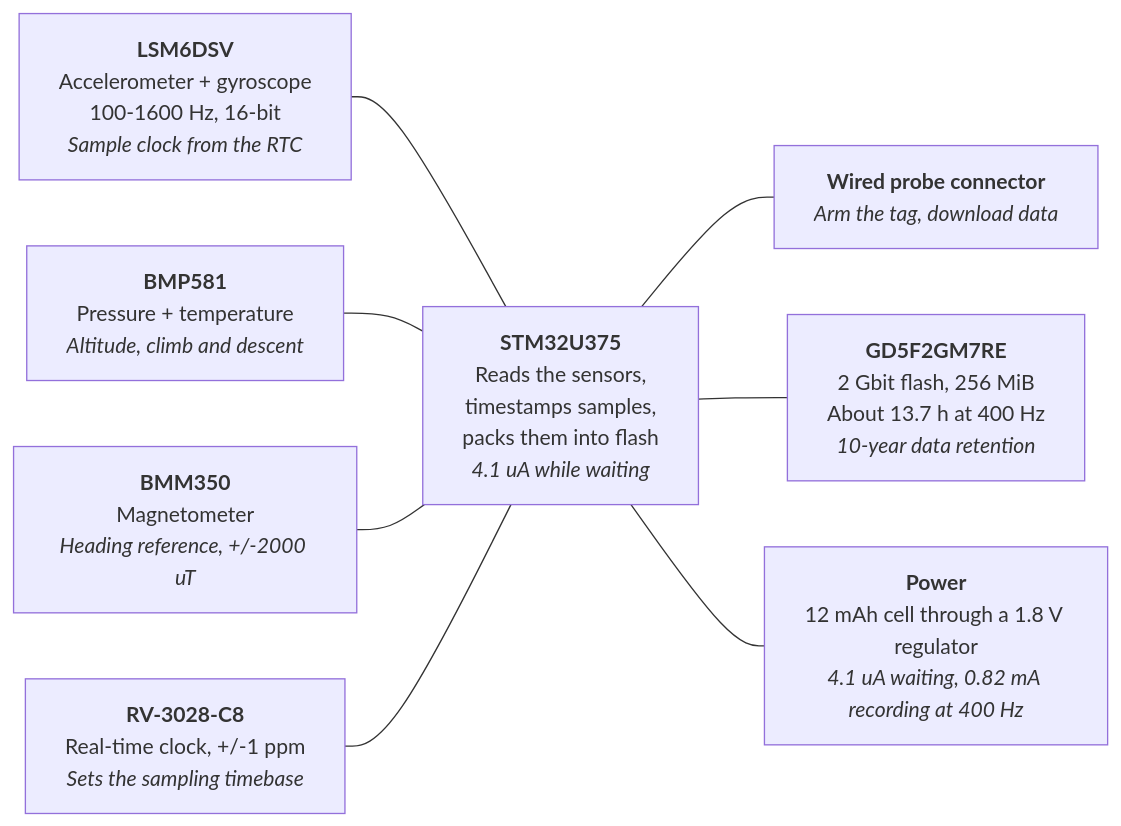
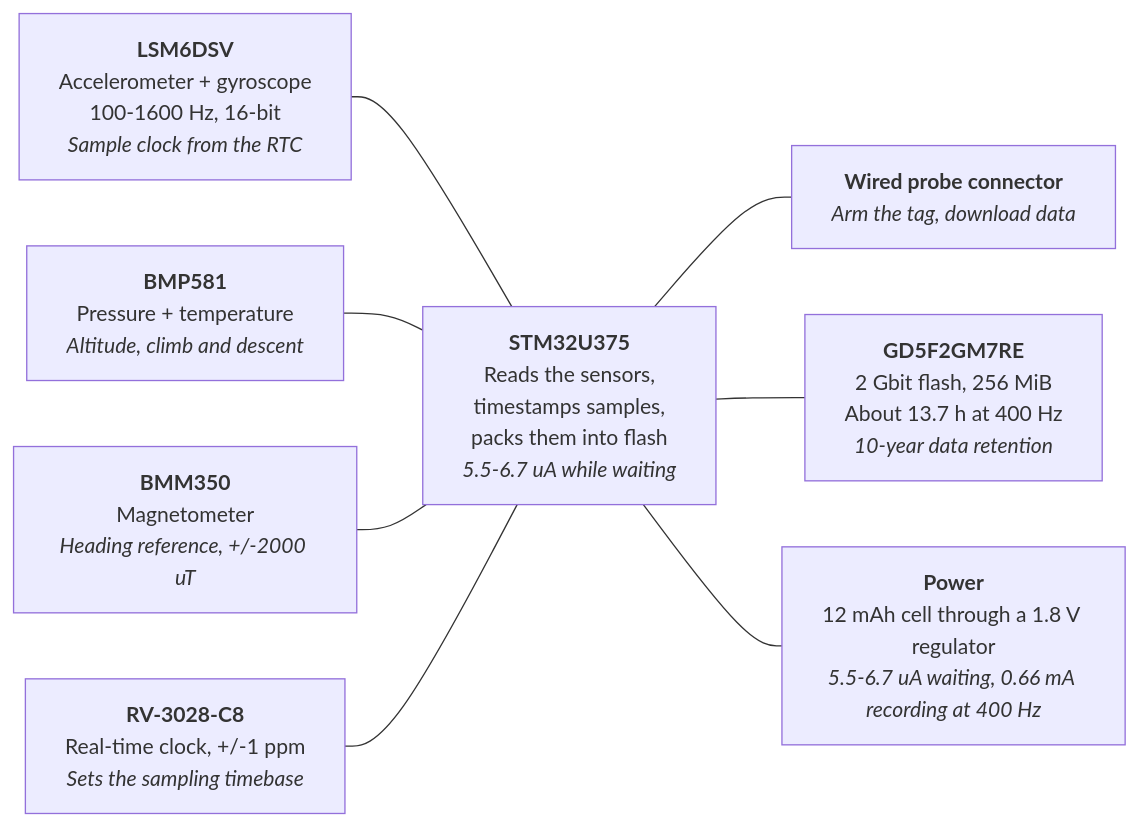
One commit to tag-designs/software changed the diagram in design/imutag-overview.md. Above: the diagram before and after it, drawn with Mermaid. The commit also changed other lines of this file, not shown here.

````diff
--- a/design/imutag-overview.md
+++ b/design/imutag-overview.md
@@ -86,22 +86,22 @@
 ```mermaid
 graph LR
     IMU["<b>LSM6DSV</b><br/>Accelerometer + gyroscope<br/>100-1600 Hz, 16-bit<br/><i>Sample clock from the RTC</i>"]
     PRS["<b>BMP581</b><br/>Pressure + temperature<br/><i>Altitude, climb and descent</i>"]
     MAG["<b>BMM350</b><br/>Magnetometer<br/><i>Heading reference, +/-2000 uT</i>"]
     RTC["<b>RV-3028-C8</b><br/>Real-time clock, +/-1 ppm<br/><i>Sets the sampling timebase</i>"]
 
-    MCU["<b>STM32U375</b><br/>Reads the sensors,<br/>timestamps samples,<br/>packs them into flash<br/><i>4.1 uA while waiting</i>"]
+    MCU["<b>STM32U375</b><br/>Reads the sensors,<br/>timestamps samples,<br/>packs them into flash<br/><i>5.5-6.7 uA while waiting</i>"]
 
     SWD["<b>Wired probe connector</b><br/><i>Arm the tag, download data</i>"]
     NAND["<b>GD5F2GM7RE</b><br/>2 Gbit flash, 256 MiB<br/>About 13.7 h at 400 Hz<br/><i>10-year data retention</i>"]
 
-    PWR["<b>Power</b><br/>12 mAh cell through a 1.8 V regulator<br/><i>4.1 uA waiting, 0.82 mA recording at 400 Hz</i>"]
+    PWR["<b>Power</b><br/>12 mAh cell through a 1.8 V regulator<br/><i>5.5-6.7 uA waiting, 0.66 mA recording at 400 Hz</i>"]
 
     IMU --- MCU
     PRS --- MCU
     MAG --- MCU
     RTC --- MCU
     MCU --- SWD
     MCU --- NAND
     MCU --- PWR
 ```
````
